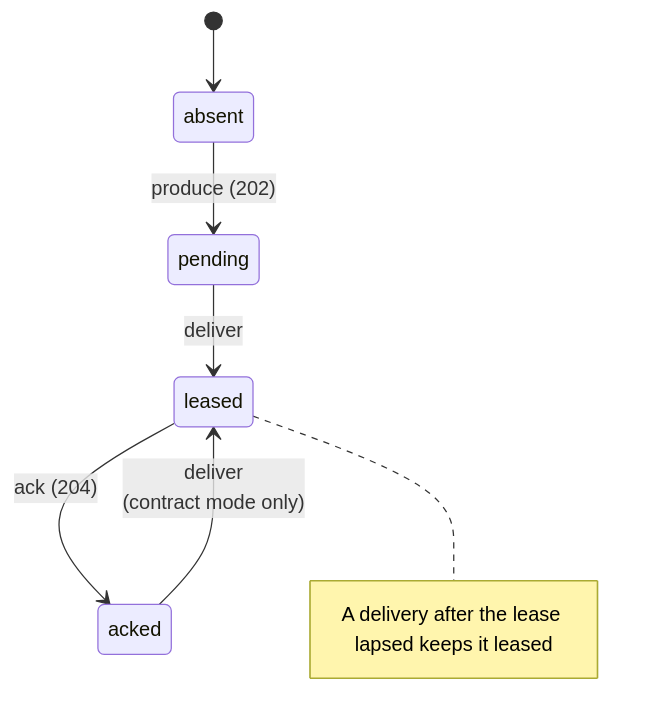
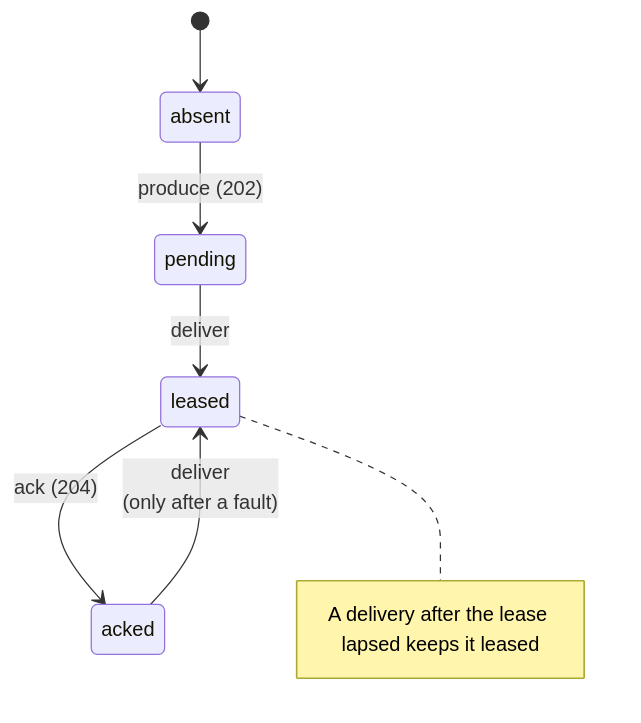
The diagram in docs/understand/linearizability.md (DebanganThakuria/narad), drawn with Mermaid before and after one commit. The commit also changed other lines of this file and 50 other files, not shown here.

````diff
--- a/docs/understand/linearizability.md
+++ b/docs/understand/linearizability.md
@@ -54,11 +25,11 @@
 ```mermaid
 stateDiagram-v2
     accTitle: States of one message on one path
-    accDescr: A message starts absent. A produce answered 202 makes it pending. A delivery makes it leased, and a further delivery after the lease lapsed keeps it leased. An ack answered 204 makes it acked. In contract mode only, a delivery after the ack is allowed and makes it leased again.
+    accDescr: A message starts absent. A produce answered 202 makes it pending. A delivery makes it leased, and a further delivery after the lease lapsed keeps it leased. An ack answered 204 makes it acked. A delivery after the ack is allowed only where a fault explains it, and makes it leased again.
     [*] --> absent
     absent --> pending: produce (202)
     pending --> leased: deliver
     leased --> acked: ack (204)
-    acked --> leased: deliver<br/>(contract mode only)
+    acked --> leased: deliver<br/>(only after a fault)
     note right of leased: A delivery after the lease lapsed keeps it leased
 ```
````
